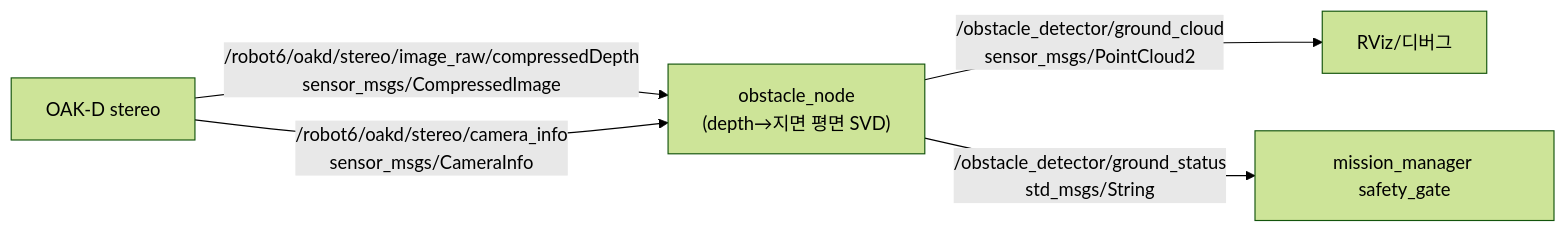
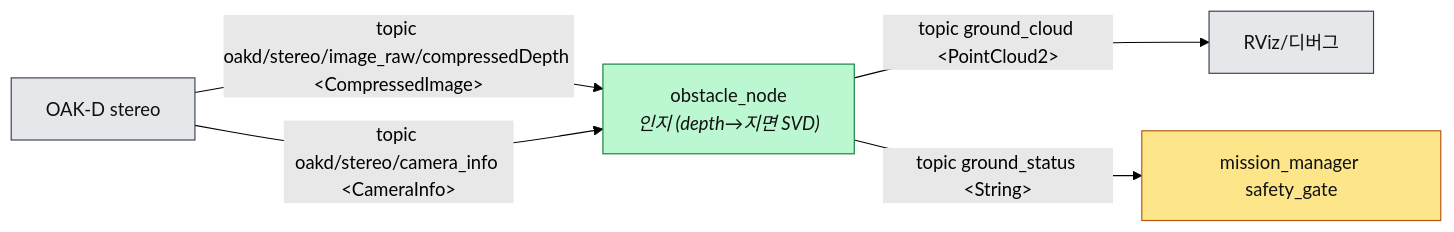
One commit to yevettee/MediCart changed the eighth of 15 diagrams in docs/architecture/05_mermaid_architecture.md. Above: the diagram before and after it, drawn with Mermaid (forest theme). The commit also changed other lines of this file, not shown here.

Commit message:
docs(arch): 노드 역할(발행/구독/서비스/액션) + 통신 종류(topic/srv/action) 주석 + 범례·시퀀스·노드역할표 + cmd 큐우회 경로

````diff
--- a/docs/architecture/05_mermaid_architecture.md
+++ b/docs/architecture/05_mermaid_architecture.md
@@ -156,7 +234,14 @@
 ```mermaid
 graph LR
-  OAK["OAK-D stereo"] -->|"/robot6/oakd/stereo/image_raw/compressedDepth<br/>sensor_msgs/CompressedImage"| OB["obstacle_node<br/>(depth→지면 평면 SVD)"]
-  OAK -->|"/robot6/oakd/stereo/camera_info<br/>sensor_msgs/CameraInfo"| OB
-  OB -->|"/obstacle_detector/ground_cloud<br/>sensor_msgs/PointCloud2"| RV["RViz/디버그"]
-  OB -->|"/obstacle_detector/ground_status<br/>std_msgs/String"| MM["mission_manager safety_gate"]
+  OAK["OAK-D stereo"] -->|"topic oakd/stereo/image_raw/compressedDepth &lt;CompressedImage&gt;"| OB["obstacle_node<br/><i>인지 (depth→지면 SVD)</i>"]
+  OAK -->|"topic oakd/stereo/camera_info &lt;CameraInfo&gt;"| OB
+  OB -->|"topic ground_cloud &lt;PointCloud2&gt;"| RV["RViz/디버그"]
+  OB -->|"topic ground_status &lt;String&gt;"| MM["mission_manager safety_gate"]
+
+  classDef orch fill:#fde68a,stroke:#b45309,color:#111
+  classDef app fill:#bbf7d0,stroke:#15803d,color:#111
+  classDef hw fill:#e5e7eb,stroke:#374151,color:#111
+  class OB app
+  class MM orch
+  class OAK,RV hw
 ```
````
